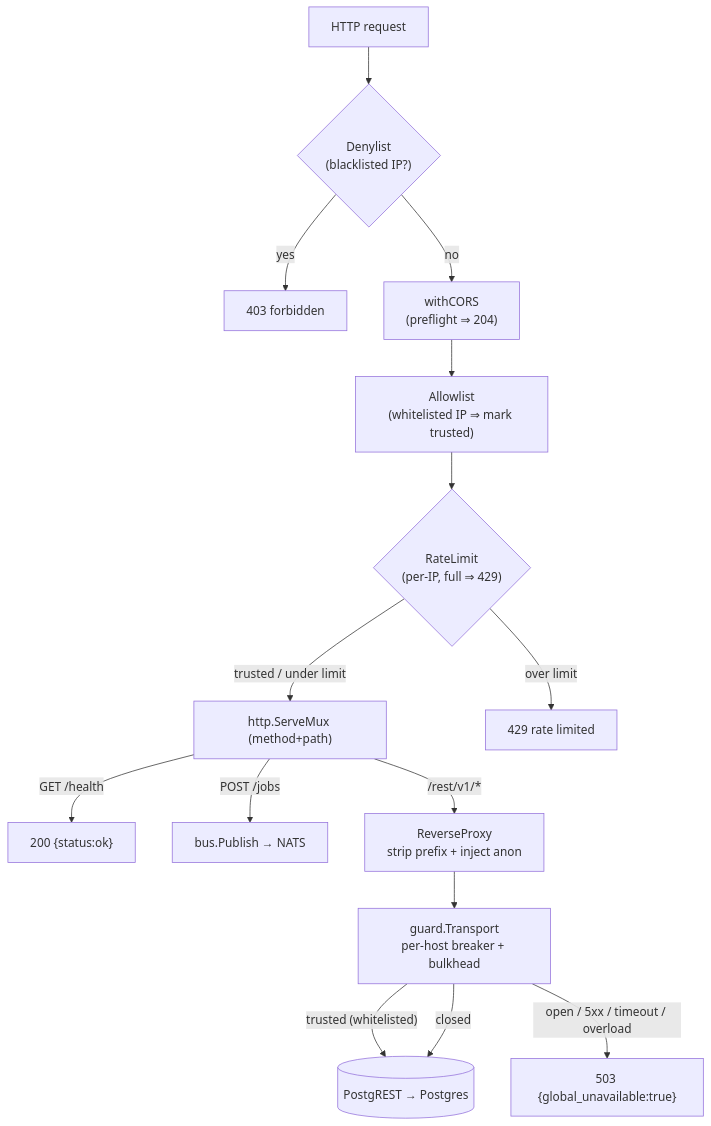
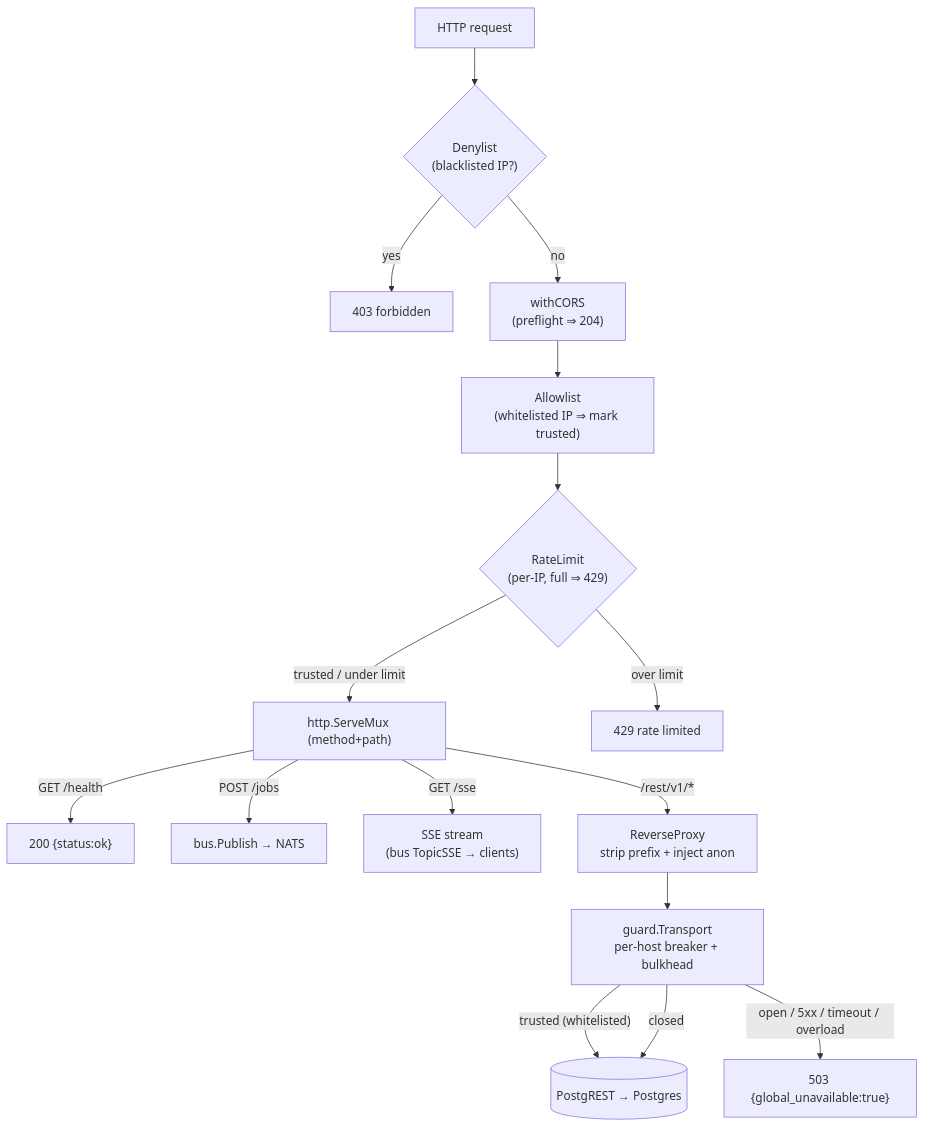
Before and after one commit to thinkonmay/global-proxy: the second of 6 diagrams in api/README.md, drawn with Mermaid. The commit also changed other lines of this file and 9 other files, not shown here.

Commit message:
add Kong-style routes for pg-meta, studio, graphql

````diff
--- a/api/README.md
+++ b/api/README.md
@@ -47,19 +47,20 @@
 ```mermaid
 flowchart TD
     Req["HTTP request"] --> Deny{"Denylist<br/>(blacklisted IP?)"}
     Deny -->|"yes"| F403["403 forbidden"]
     Deny -->|"no"| CORS["withCORS<br/>(preflight ⇒ 204)"]
     CORS --> Allow["Allowlist<br/>(whitelisted IP ⇒ mark trusted)"]
     Allow --> RL{"RateLimit<br/>(per-IP, full ⇒ 429)"}
     RL -->|"trusted / under limit"| Mux["http.ServeMux (method+path)"]
     RL -->|"over limit"| E429["429 rate limited"]
 
     Mux -->|"GET /health"| Health["200 {status:ok}"]
     Mux -->|"POST /jobs"| H["bus.Publish → NATS"]
+    Mux -->|"GET /sse"| SSE["SSE stream<br/>(bus TopicSSE → clients)"]
     Mux -->|"/rest/v1/*"| Proxy["ReverseProxy<br/>strip prefix + inject anon"]
 
     Proxy --> BT["guard.Transport<br/>per-host breaker + bulkhead"]
     BT -->|"trusted (whitelisted)"| PR
     BT -->|"closed"| PR[("PostgREST → Postgres")]
     BT -->|"open / 5xx / timeout / overload"| E503["503 {global_unavailable:true}"]
 ```
````
